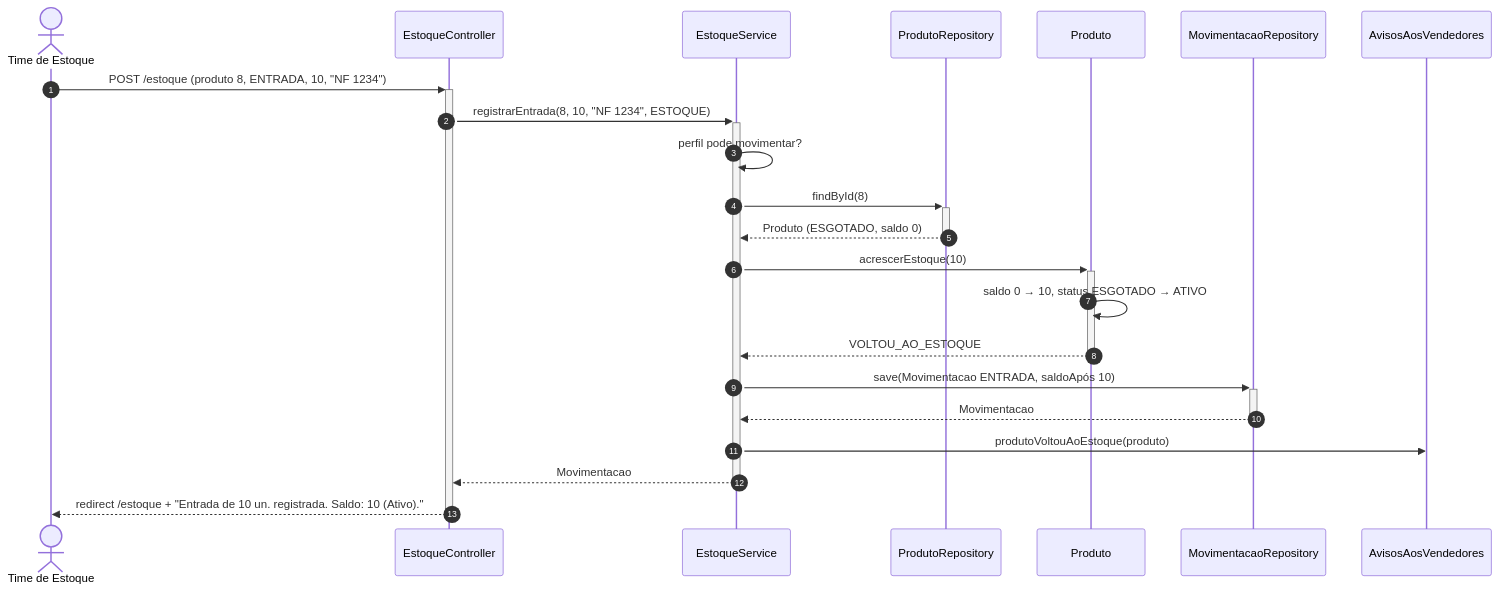
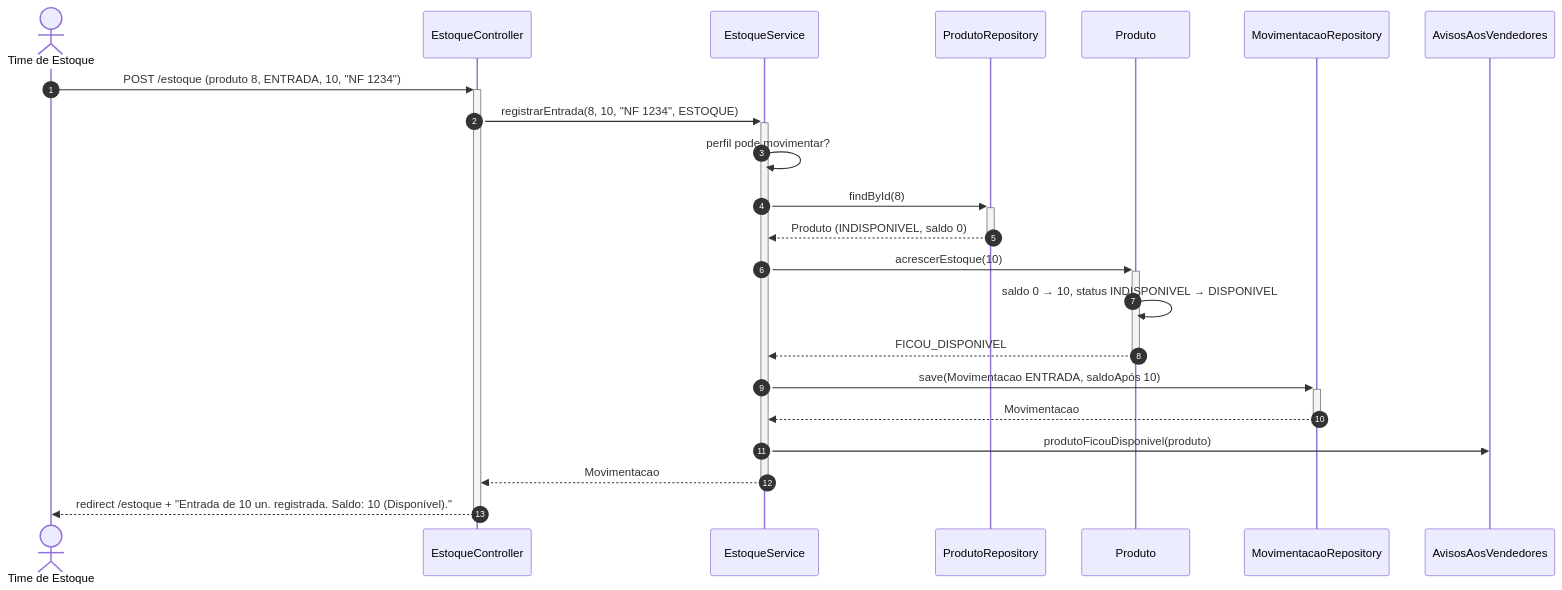
One commit to Alishowsa/Arquitetura-eng-soft changed the diagram in aula-6/diagramas/sequencia-entrada-estoque.md. Above: the diagram before and after it, drawn with Mermaid. The commit also changed other lines of this file and 30 other files, not shown here.

First line of the commit message:
Ajusta status do produto ao enunciado da aula 6

````diff
--- a/aula-6/diagramas/sequencia-entrada-estoque.md
+++ b/aula-6/diagramas/sequencia-entrada-estoque.md
@@ -7,25 +7,25 @@
 ```mermaid
 sequenceDiagram
     autonumber
     actor TE as Time de Estoque
     participant EC as EstoqueController
     participant ES as EstoqueService
     participant PR as ProdutoRepository
     participant P as Produto
     participant MR as MovimentacaoRepository
     participant AV as AvisosAosVendedores
 
     TE->>+EC: POST /estoque (produto 8, ENTRADA, 10, "NF 1234")
     EC->>+ES: registrarEntrada(8, 10, "NF 1234", ESTOQUE)
     ES->>ES: perfil pode movimentar?
     ES->>+PR: findById(8)
-    PR-->>-ES: Produto (ESGOTADO, saldo 0)
+    PR-->>-ES: Produto (INDISPONIVEL, saldo 0)
     ES->>+P: acrescerEstoque(10)
-    P->>P: saldo 0 → 10, status ESGOTADO → ATIVO
-    P-->>-ES: VOLTOU_AO_ESTOQUE
+    P->>P: saldo 0 → 10, status INDISPONIVEL → DISPONIVEL
+    P-->>-ES: FICOU_DISPONIVEL
     ES->>+MR: save(Movimentacao ENTRADA, saldoApós 10)
     MR-->>-ES: Movimentacao
-    ES->>AV: produtoVoltouAoEstoque(produto)
+    ES->>AV: produtoFicouDisponivel(produto)
     ES-->>-EC: Movimentacao
-    EC-->>-TE: redirect /estoque + "Entrada de 10 un. registrada. Saldo: 10 (Ativo)."
+    EC-->>-TE: redirect /estoque + "Entrada de 10 un. registrada. Saldo: 10 (Disponível)."
 ```
````
